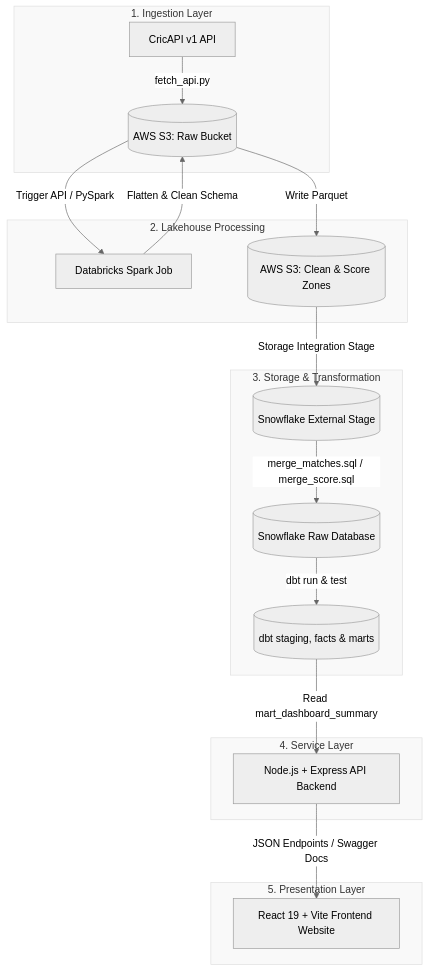
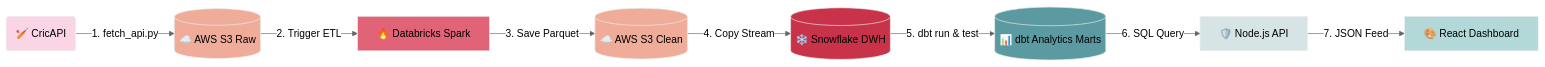
Before and after one commit to joyboy123-coder/Real-Time-Cricket-Analytics-Platform: the diagram in README.md, drawn with Mermaid (neutral theme). The commit also changed other lines of this file and 3 other files, not shown here.

````diff
--- a/README.md
+++ b/README.md
@@ -25,30 +21,21 @@
 ```mermaid
-flowchart TD
-    subgraph Ingestion [1. Ingestion Layer]
-        A[CricAPI v1 API] -->|fetch_api.py| B[(AWS S3: Raw Bucket)]
-    end
+flowchart LR
+    %% Data flow nodes
+    A(🏏 CricAPI) -->|1. fetch_api.py| B[(☁️ AWS S3 Raw)]
+    B -->|2. Trigger ETL| C[🔥 Databricks Spark]
+    C -->|3. Save Parquet| D[(☁️ AWS S3 Clean)]
+    D -->|4. Copy Stream| E[(❄️ Snowflake DWH)]
+    E -->|5. dbt run & test| F[(📊 dbt Analytics Marts)]
+    F -->|6. SQL Query| G[🛡️ Node.js API]
+    G -->|7. JSON Feed| H[🎨 React Dashboard]
 
-    subgraph Compute [2. Lakehouse Processing]
-        B -->|Trigger API / PySpark| C[Databricks Spark Job]
-        C -->|Flatten & Clean Schema| B
-        B -->|Write Parquet| D[(AWS S3: Clean & Score Zones)]
-    end
-
-    subgraph Warehouse [3. Storage & Transformation]
-        D -->|Storage Integration Stage| E[(Snowflake External Stage)]
-        E -->|merge_matches.sql / merge_score.sql| F[(Snowflake Raw Database)]
-        F -->|dbt run & test| G[(dbt staging, facts & marts)]
-    end
-
-    subgraph Service [4. Service Layer]
-        G -->|Read mart_dashboard_summary| H[Node.js + Express API Backend]
-    end
-
-    subgraph Frontend [5. Presentation Layer]
-        H -->|JSON Endpoints / Swagger Docs| I[React 19 + Vite Frontend Website]
-    end
-
-    %% Styles
-    classDef layer fill:#f9f9f9,stroke:#ddd,stroke-width:1px;
-    class Ingestion,Compute,Warehouse,Service,Frontend layer;
+    %% Styling colors
+    style A fill:#f9d5e5,stroke:#eeeeee,stroke-width:1px
+    style B fill:#eeac99,stroke:#eeeeee,stroke-width:1px
+    style C fill:#e06377,stroke:#eeeeee,stroke-width:1px
+    style D fill:#eeac99,stroke:#eeeeee,stroke-width:1px
+    style E fill:#c83349,stroke:#eeeeee,stroke-width:1px
+    style F fill:#5b9aa0,stroke:#eeeeee,stroke-width:1px
+    style G fill:#d6e4e5,stroke:#eeeeee,stroke-width:1px
+    style H fill:#b2d8d8,stroke:#eeeeee,stroke-width:1px
 ```
````
